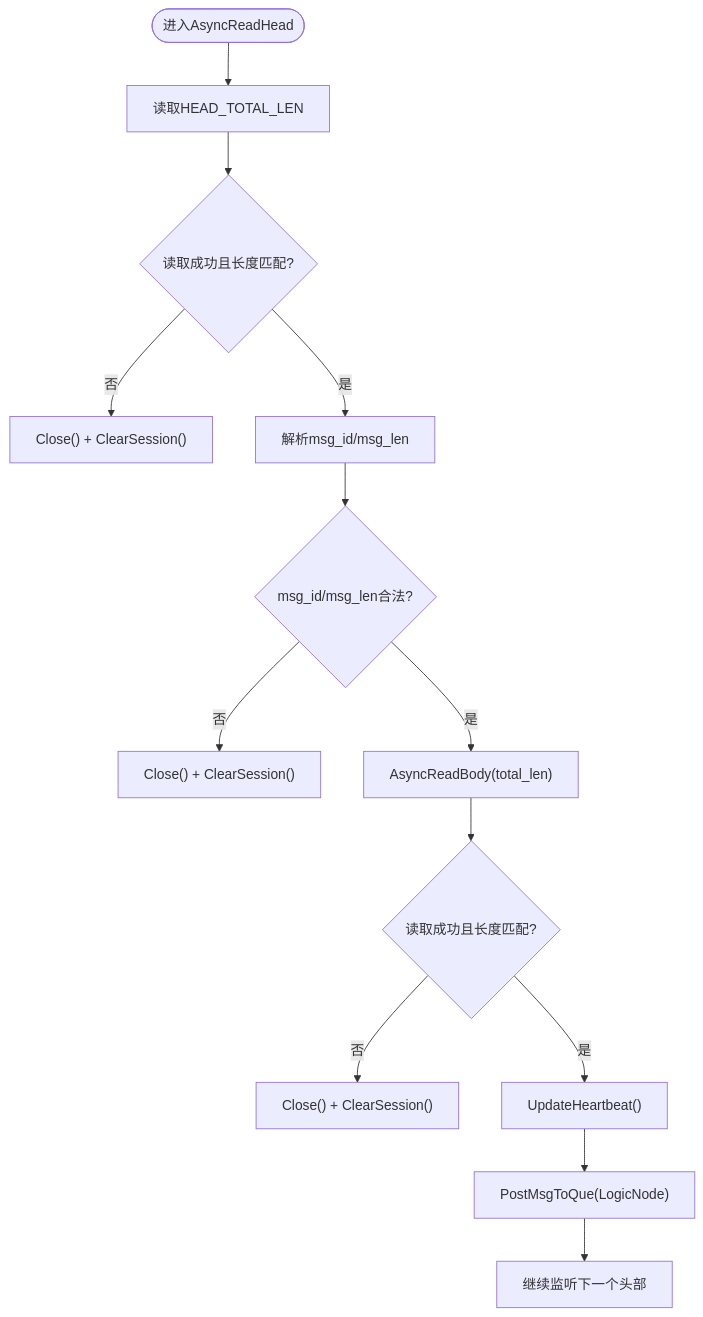
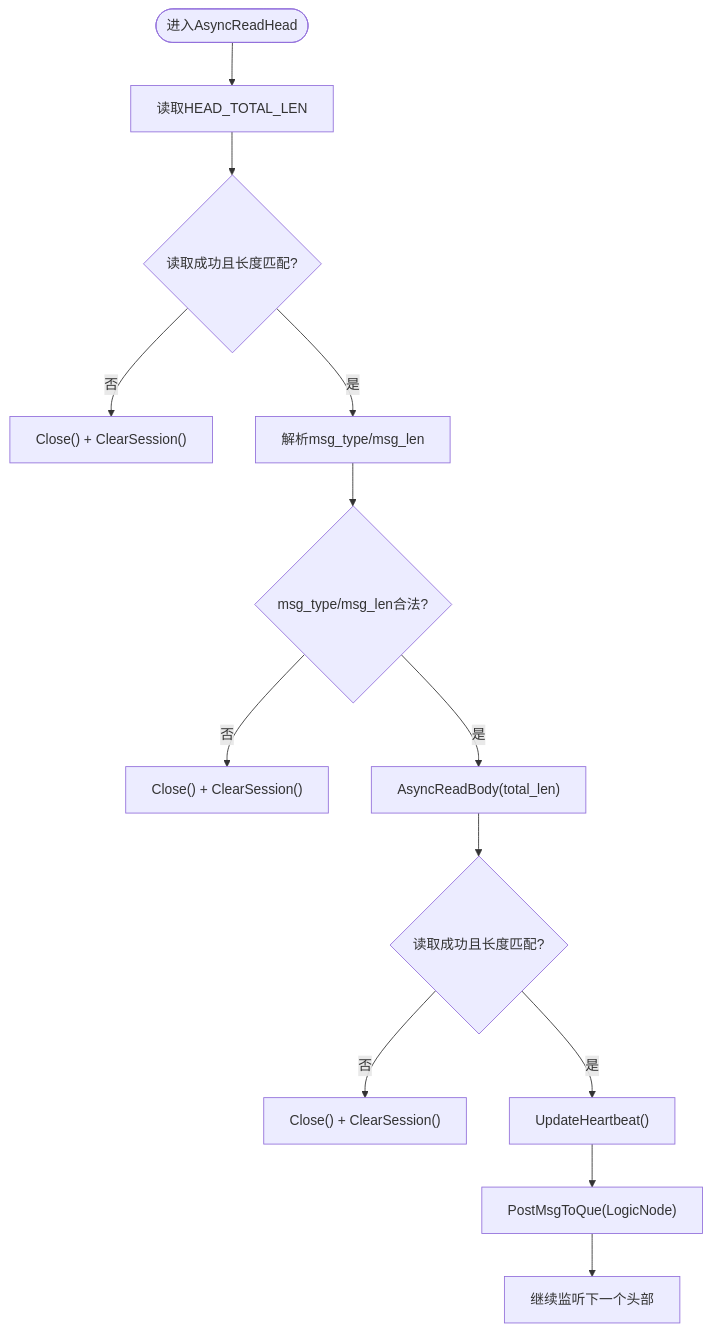
Before and after one commit to echo9923/mychatter: the third of 9 diagrams in .qoder/repowiki/zh/content/故障排查/故障排查.md, drawn with Mermaid. The commit also changed 128 other files, not shown here.

First line of the commit message:
refactor(protocol): TCP 帧头消息类型 msg_id 全局改名为 msg_type

````diff
--- a/.qoder/repowiki/zh/content/故障排查/故障排查.md
+++ b/.qoder/repowiki/zh/content/故障排查/故障排查.md
@@ -137,15 +137,15 @@
 ```mermaid
 flowchart TD
 Start(["进入AsyncReadHead"]) --> ReadHead["读取HEAD_TOTAL_LEN"]
 ReadHead --> HeadOK{"读取成功且长度匹配?"}
 HeadOK --> |否| CloseHead["Close() + ClearSession()"]
-HeadOK --> |是| ParseHead["解析msg_id/msg_len"]
-ParseHead --> Valid{"msg_id/msg_len合法?"}
+HeadOK --> |是| ParseHead["解析msg_type/msg_len"]
+ParseHead --> Valid{"msg_type/msg_len合法?"}
 Valid --> |否| CloseInvalid["Close() + ClearSession()"]
 Valid --> |是| ReadBody["AsyncReadBody(total_len)"]
 ReadBody --> BodyOK{"读取成功且长度匹配?"}
 BodyOK --> |否| CloseBody["Close() + ClearSession()"]
 BodyOK --> |是| UpdateHB["UpdateHeartbeat()"]
 UpdateHB --> PostMsg["PostMsgToQue(LogicNode)"]
 PostMsg --> Next["继续监听下一个头部"]
 ```
````
